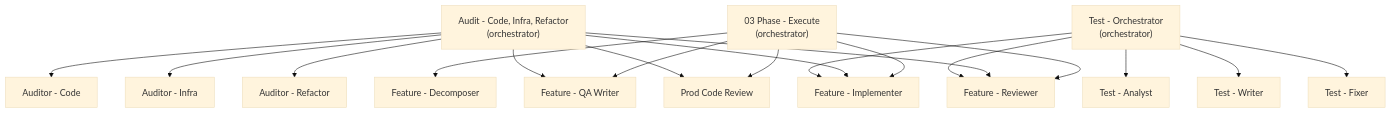
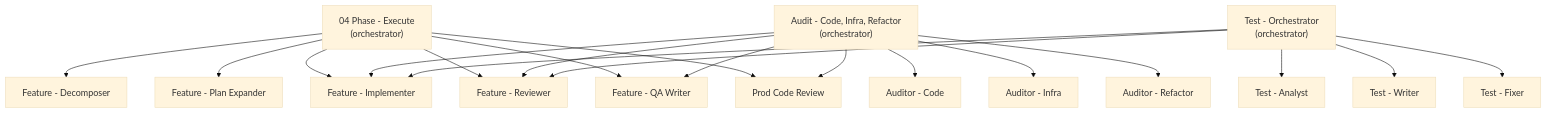
Before and after one commit to threnjen/thren-agentic-workflows: the third of 3 diagrams in docs/ARCHITECTURE.md, drawn with Mermaid (base theme). The commit also changed other lines of this file and 3 other files, not shown here.

````diff
--- a/docs/ARCHITECTURE.md
+++ b/docs/ARCHITECTURE.md
@@ -93,26 +93,27 @@
 ```mermaid
 flowchart TD
-    PE["03 Phase - Execute\n(orchestrator)"]
+    PE["04 Phase - Execute\n(orchestrator)"]
     AO["Audit - Code, Infra, Refactor\n(orchestrator)"]
     TO["Test - Orchestrator\n(orchestrator)"]
 
     PE --> FD[Feature - Decomposer]
+    PE --> FPE[Feature - Plan Expander]
     PE --> FI[Feature - Implementer]
     PE --> FR[Feature - Reviewer]
     PE --> FQ[Feature - QA Writer]
     PE --> PR[Prod Code Review]
 
     AO --> AC[Auditor - Code]
     AO --> AI[Auditor - Infra]
     AO --> AR[Auditor - Refactor]
     AO --> FI
     AO --> FR
     AO --> FQ
     AO --> PR
 
     TO --> TA[Test - Analyst]
     TO --> TW[Test - Writer]
     TO --> TF[Test - Fixer]
     TO --> FI
     TO --> FR
 ```
````
